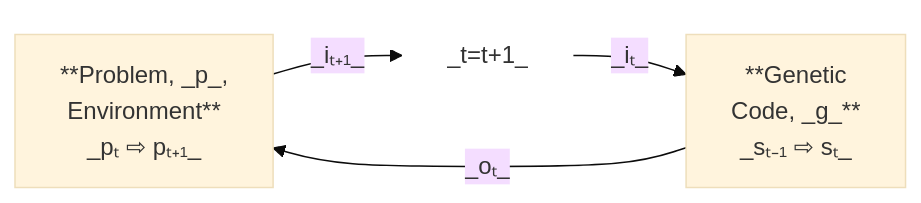
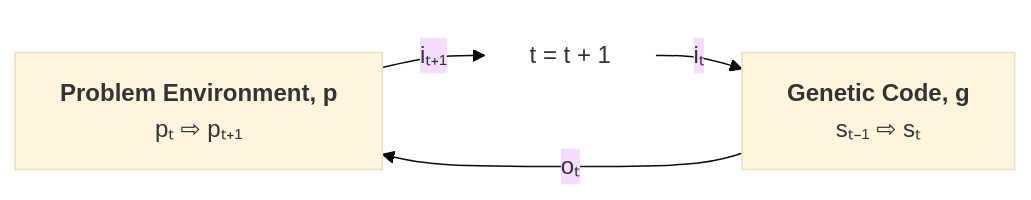
One commit to Shapedsundew9/erasmus-gp changed the diagram in docs/overview.md. Above: the diagram before and after it, drawn with Mermaid (base theme). The commit also changed other lines of this file and 4 other files, not shown here.

````diff
--- a/docs/overview.md
+++ b/docs/overview.md
@@ -7,18 +11,14 @@
 ```mermaid
 flowchart LR
 
-    p[**Problem, _p_,
-    Environment**
-    _pₜ ⇨ pₜ₊₁_]
+    p["<b>Problem Environment, p</b><br>pₜ ⇨ pₜ₊₁"]
 
-    gc[**Genetic
-    Code, _g_**
-    _sₜ₋₁ ⇨ sₜ_]
+    gc["<b>Genetic Code, g</b><br>sₜ₋₁ ⇨ sₜ"]
 
-    t[_t=t+1_]:::noborder
+    time["t = t + 1"]:::noborder
     
-    p --"_iₜ₊₁_"--> t --"_iₜ_"--> gc 
-    gc --"_oₜ_"--> p
+    p -- "iₜ₊₁" --> time -- "iₜ" --> gc 
+    gc -- "oₜ" --> p
 
     classDef noborder fill:none,stroke:none;
 ```
````
